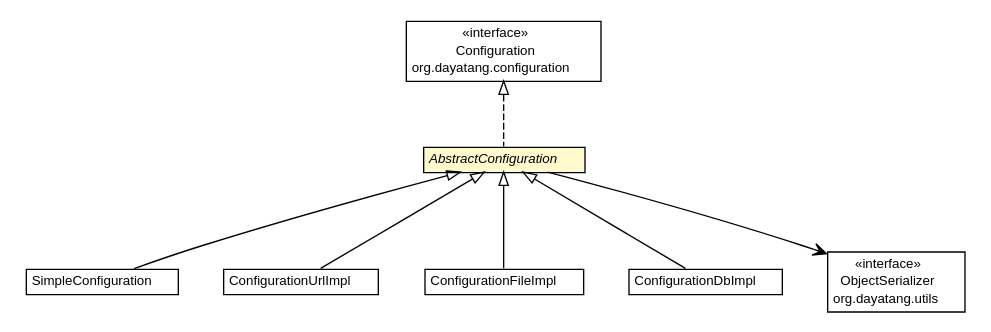
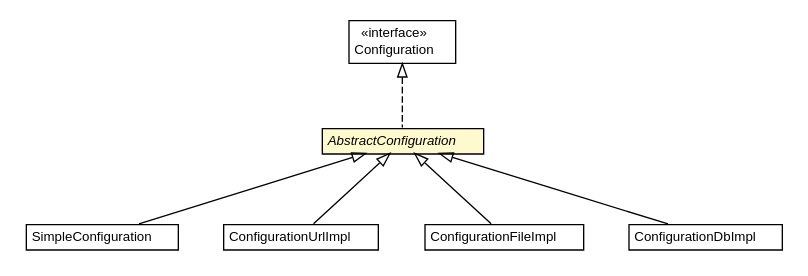
One commit to dayatang/dddlib changed the diagram in dddlib-configuration/apidocs/org/dayatang/configuration/impl/AbstractConfiguration.dot. Above: the diagram before and after it, drawn with Graphviz. The commit also changed 195 other files, not shown here.

```diff
--- a/dddlib-configuration/apidocs/org/dayatang/configuration/impl/AbstractConfiguration.dot
+++ b/dddlib-configuration/apidocs/org/dayatang/configuration/impl/AbstractConfiguration.dot
@@ -1,70 +1,59 @@
 #!/usr/local/bin/dot
 #
 # Class diagram 
 # Generated by UMLGraph version R5_6_6-8-g8d7759 (http://www.umlgraph.org/)
 #
 
 digraph G {
 	edge [fontname="Helvetica",fontsize=10,labelfontname="Helvetica",labelfontsize=10];
 	node [fontname="Helvetica",fontsize=10,shape=plaintext];
 	nodesep=0.25;
 	ranksep=0.5;
 	// org.dayatang.configuration.Configuration
-	c45 [label=<<table title="org.dayatang.configuration.Configuration" border="0" cellborder="1" cellspacing="0" cellpadding="2" port="p" href="../Configuration.html">
+	c35 [label=<<table title="org.dayatang.configuration.Configuration" border="0" cellborder="1" cellspacing="0" cellpadding="2" port="p" href="../Configuration.html">
 		<tr><td><table border="0" cellspacing="0" cellpadding="1">
 <tr><td align="center" balign="center"> &#171;interface&#187; </td></tr>
 <tr><td align="center" balign="center"> Configuration </td></tr>
-<tr><td align="center" balign="center"> org.dayatang.configuration </td></tr>
 		</table></td></tr>
 		</table>>, URL="../Configuration.html", fontname="Helvetica", fontcolor="black", fontsize=10.0];
 	// org.dayatang.configuration.impl.SimpleConfiguration
-	c49 [label=<<table title="org.dayatang.configuration.impl.SimpleConfiguration" border="0" cellborder="1" cellspacing="0" cellpadding="2" port="p" href="./SimpleConfiguration.html">
+	c39 [label=<<table title="org.dayatang.configuration.impl.SimpleConfiguration" border="0" cellborder="1" cellspacing="0" cellpadding="2" port="p" href="./SimpleConfiguration.html">
 		<tr><td><table border="0" cellspacing="0" cellpadding="1">
 <tr><td align="center" balign="center"> SimpleConfiguration </td></tr>
 		</table></td></tr>
 		</table>>, URL="./SimpleConfiguration.html", fontname="Helvetica", fontcolor="black", fontsize=10.0];
 	// org.dayatang.configuration.impl.ConfigurationUrlImpl
-	c53 [label=<<table title="org.dayatang.configuration.impl.ConfigurationUrlImpl" border="0" cellborder="1" cellspacing="0" cellpadding="2" port="p" href="./ConfigurationUrlImpl.html">
+	c43 [label=<<table title="org.dayatang.configuration.impl.ConfigurationUrlImpl" border="0" cellborder="1" cellspacing="0" cellpadding="2" port="p" href="./ConfigurationUrlImpl.html">
 		<tr><td><table border="0" cellspacing="0" cellpadding="1">
 <tr><td align="center" balign="center"> ConfigurationUrlImpl </td></tr>
 		</table></td></tr>
 		</table>>, URL="./ConfigurationUrlImpl.html", fontname="Helvetica", fontcolor="black", fontsize=10.0];
 	// org.dayatang.configuration.impl.ConfigurationFileImpl
-	c56 [label=<<table title="org.dayatang.configuration.impl.ConfigurationFileImpl" border="0" cellborder="1" cellspacing="0" cellpadding="2" port="p" href="./ConfigurationFileImpl.html">
+	c45 [label=<<table title="org.dayatang.configuration.impl.ConfigurationFileImpl" border="0" cellborder="1" cellspacing="0" cellpadding="2" port="p" href="./ConfigurationFileImpl.html">
 		<tr><td><table border="0" cellspacing="0" cellpadding="1">
 <tr><td align="center" balign="center"> ConfigurationFileImpl </td></tr>
 		</table></td></tr>
 		</table>>, URL="./ConfigurationFileImpl.html", fontname="Helvetica", fontcolor="black", fontsize=10.0];
 	// org.dayatang.configuration.impl.ConfigurationDbImpl
-	c62 [label=<<table title="org.dayatang.configuration.impl.ConfigurationDbImpl" border="0" cellborder="1" cellspacing="0" cellpadding="2" port="p" href="./ConfigurationDbImpl.html">
+	c51 [label=<<table title="org.dayatang.configuration.impl.ConfigurationDbImpl" border="0" cellborder="1" cellspacing="0" cellpadding="2" port="p" href="./ConfigurationDbImpl.html">
 		<tr><td><table border="0" cellspacing="0" cellpadding="1">
 <tr><td align="center" balign="center"> ConfigurationDbImpl </td></tr>
 		</table></td></tr>
 		</table>>, URL="./ConfigurationDbImpl.html", fontname="Helvetica", fontcolor="black", fontsize=10.0];
 	// org.dayatang.configuration.impl.AbstractConfiguration
-	c63 [label=<<table title="org.dayatang.configuration.impl.AbstractConfiguration" border="0" cellborder="1" cellspacing="0" cellpadding="2" port="p" bgcolor="lemonChiffon" href="./AbstractConfiguration.html">
+	c52 [label=<<table title="org.dayatang.configuration.impl.AbstractConfiguration" border="0" cellborder="1" cellspacing="0" cellpadding="2" port="p" bgcolor="lemonChiffon" href="./AbstractConfiguration.html">
 		<tr><td><table border="0" cellspacing="0" cellpadding="1">
 <tr><td align="center" balign="center"><font face="Helvetica-Oblique"> AbstractConfiguration </font></td></tr>
 		</table></td></tr>
 		</table>>, URL="./AbstractConfiguration.html", fontname="Helvetica", fontcolor="black", fontsize=10.0];
 	//org.dayatang.configuration.impl.SimpleConfiguration extends org.dayatang.configuration.impl.AbstractConfiguration
-	c63:p -> c49:p [dir=back,arrowtail=empty];
+	c52:p -> c39:p [dir=back,arrowtail=empty];
 	//org.dayatang.configuration.impl.ConfigurationUrlImpl extends org.dayatang.configuration.impl.AbstractConfiguration
-	c63:p -> c53:p [dir=back,arrowtail=empty];
+	c52:p -> c43:p [dir=back,arrowtail=empty];
 	//org.dayatang.configuration.impl.ConfigurationFileImpl extends org.dayatang.configuration.impl.AbstractConfiguration
-	c63:p -> c56:p [dir=back,arrowtail=empty];
+	c52:p -> c45:p [dir=back,arrowtail=empty];
 	//org.dayatang.configuration.impl.ConfigurationDbImpl extends org.dayatang.configuration.impl.AbstractConfiguration
-	c63:p -> c62:p [dir=back,arrowtail=empty];
+	c52:p -> c51:p [dir=back,arrowtail=empty];
 	//org.dayatang.configuration.impl.AbstractConfiguration implements org.dayatang.configuration.Configuration
-	c45:p -> c63:p [dir=back,arrowtail=empty,style=dashed];
-	// org.dayatang.configuration.impl.AbstractConfiguration NAVASSOC org.dayatang.utils.ObjectSerializer
-	c63:p -> c64:p [taillabel="", label=" "headlabel="", fontname="Helvetica", fontcolor="black", fontsize=10.0, color="black", arrowhead=open];
-	// org.dayatang.utils.ObjectSerializer
-	c64 [label=<<table title="org.dayatang.utils.ObjectSerializer" border="0" cellborder="1" cellspacing="0" cellpadding="2" port="p" href="http://java.sun.com/j2se/1.4.2/docs/api/org/dayatang/utils/ObjectSerializer.html">
-		<tr><td><table border="0" cellspacing="0" cellpadding="1">
-<tr><td align="center" balign="center"> &#171;interface&#187; </td></tr>
-<tr><td align="center" balign="center"> ObjectSerializer </td></tr>
-<tr><td align="center" balign="center"> org.dayatang.utils </td></tr>
-		</table></td></tr>
-		</table>>, URL="http://java.sun.com/j2se/1.4.2/docs/api/org/dayatang/utils/ObjectSerializer.html", fontname="Helvetica", fontcolor="black", fontsize=10.0];
+	c35:p -> c52:p [dir=back,arrowtail=empty,style=dashed];
 }
```
